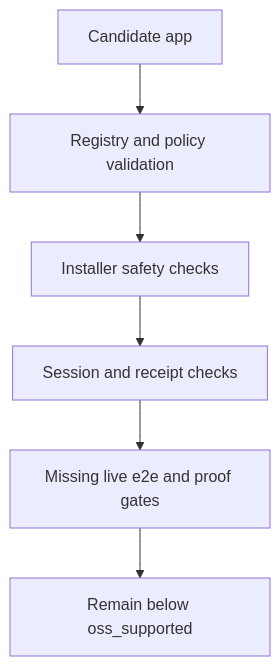
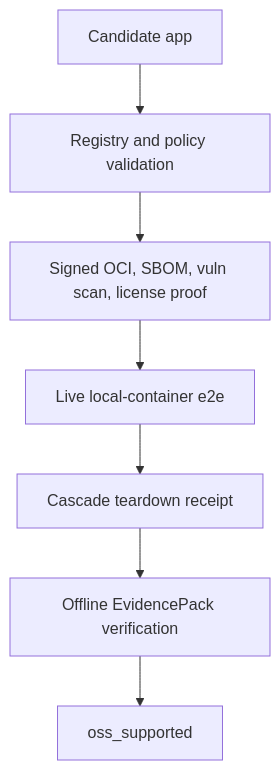
One commit to Mindburn-Labs/helm-ai-kernel changed the diagram in docs/launchpad/CONFORMANCE.md. Above: the diagram before and after it, drawn with Mermaid. The commit also changed other lines of this file and 32 other files, not shown here.

````diff
--- a/docs/launchpad/CONFORMANCE.md
+++ b/docs/launchpad/CONFORMANCE.md
@@ -51,8 +79,9 @@
 ```mermaid
 flowchart TD
   Candidate["Candidate app"] --> Registry["Registry and policy validation"]
-  Registry --> Installer["Installer safety checks"]
-  Installer --> Session["Session and receipt checks"]
-  Session --> Missing["Missing live e2e and proof gates"]
-  Missing --> Block["Remain below oss_supported"]
+  Registry --> SupplyChain["Signed OCI, SBOM, vuln scan, license proof"]
+  SupplyChain --> Runtime["Live local-container e2e"]
+  Runtime --> Teardown["Cascade teardown receipt"]
+  Teardown --> Evidence["Offline EvidencePack verification"]
+  Evidence --> Supported["oss_supported"]
 ```
````
